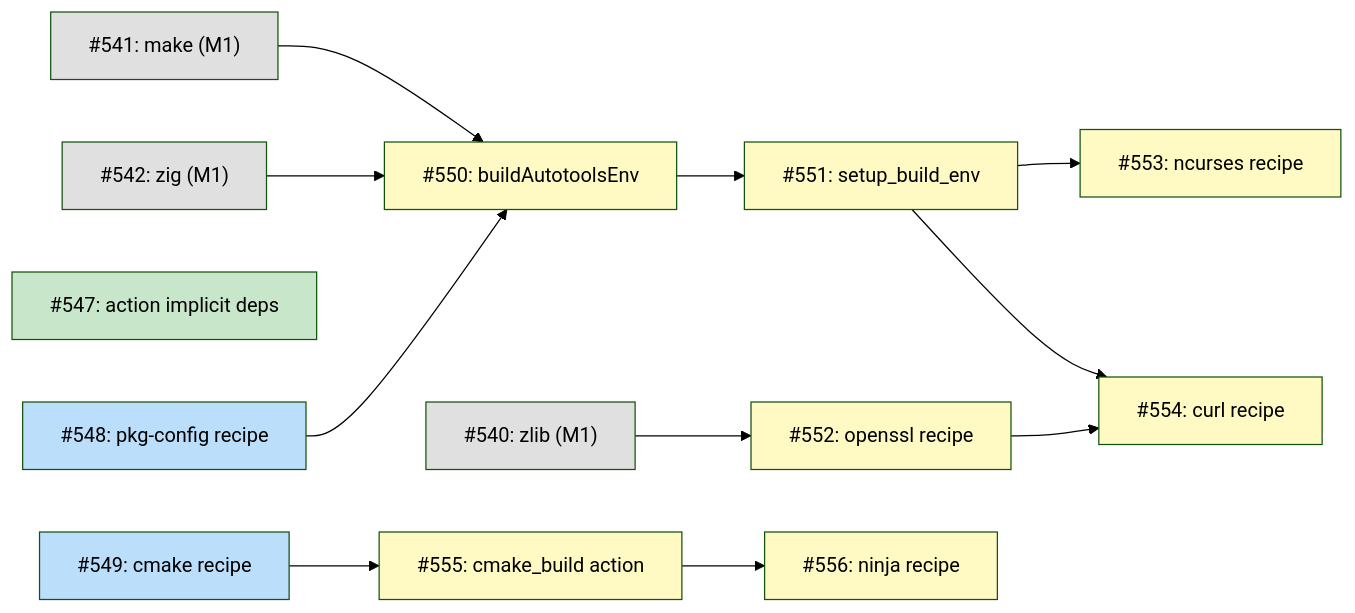
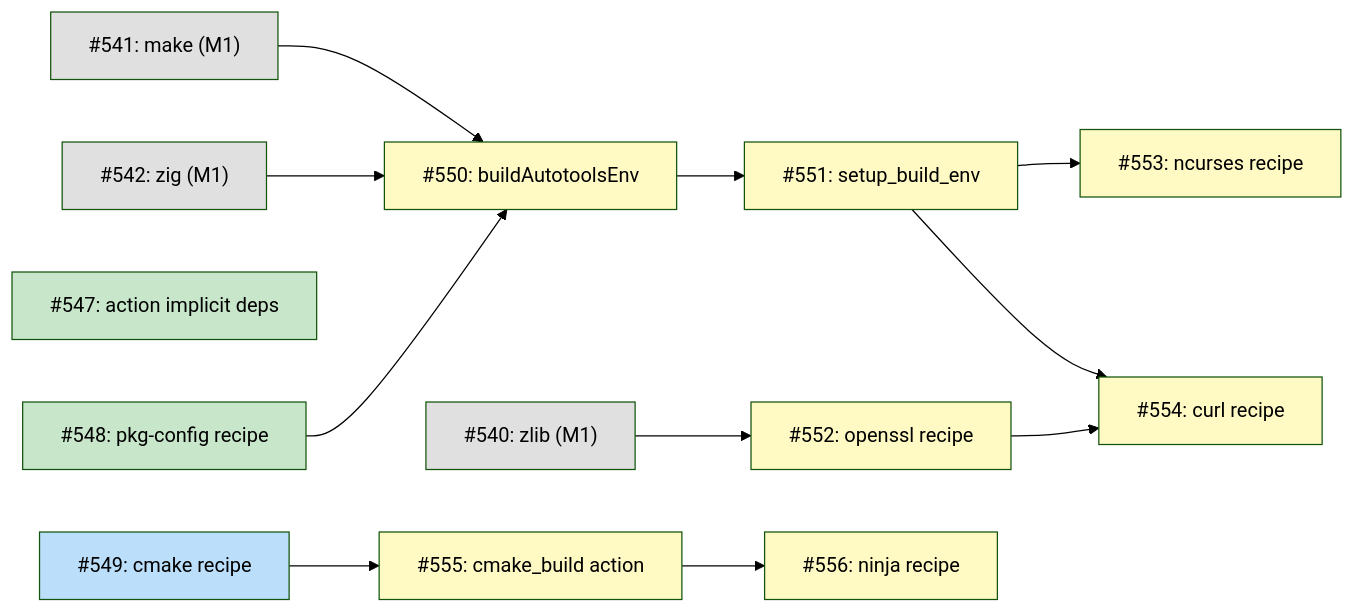
One commit to tsukumogami/tsuku changed the second of 4 diagrams in docs/DESIGN-dependency-provisioning.md. Above: the diagram before and after it, drawn with Mermaid (forest theme). The commit also changed other lines of this file and 9 other files, not shown here.

````diff
--- a/docs/DESIGN-dependency-provisioning.md
+++ b/docs/DESIGN-dependency-provisioning.md
@@ -62,37 +62,37 @@
 ```mermaid
 graph LR
     I540["#540: zlib (M1)"]
     I541["#541: make (M1)"]
     I542["#542: zig (M1)"]
     I547["#547: action implicit deps"]
     I548["#548: pkg-config recipe"]
     I549["#549: cmake recipe"]
     I550["#550: buildAutotoolsEnv"]
     I551["#551: setup_build_env"]
     I552["#552: openssl recipe"]
     I553["#553: ncurses recipe"]
     I554["#554: curl recipe"]
     I555["#555: cmake_build action"]
     I556["#556: ninja recipe"]
 
     I541 --> I550
     I542 --> I550
     I548 --> I550
     I550 --> I551
     I540 --> I552
     I551 --> I553
     I551 --> I554
     I552 --> I554
     I549 --> I555
     I555 --> I556
 
     classDef done fill:#c8e6c9
     classDef ready fill:#bbdefb
     classDef blocked fill:#fff9c4
     classDef external fill:#e0e0e0
 
     class I540,I541,I542 external
-    class I547 done
-    class I548,I549 ready
+    class I547,I548 done
+    class I549 ready
     class I550,I551,I552,I553,I554,I555,I556 blocked
 ```
````
